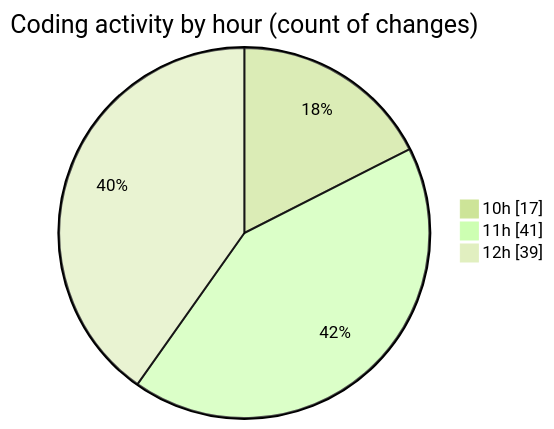
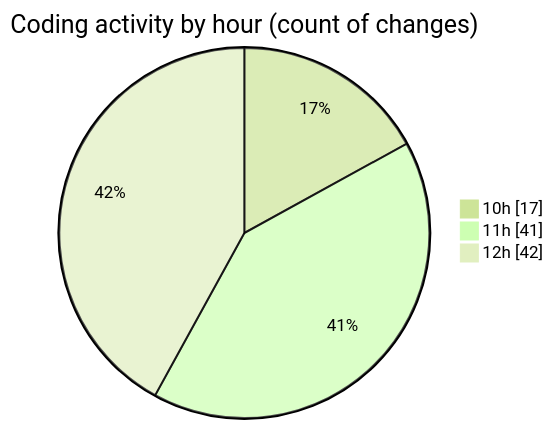
One commit to momahboobian/code-tracking changed the second of 2 diagrams in 2025-10-06/cda/README.md. Above: the diagram before and after it, drawn with Mermaid (forest theme). The commit also changed other lines of this file and 1 other file, not shown here.

````diff
--- a/2025-10-06/cda/README.md
+++ b/2025-10-06/cda/README.md
@@ -33,7 +33,7 @@
 ```mermaid
 pie showData
 title Coding activity by hour (count of changes)
 "10h" : 17
 "11h" : 41
-"12h" : 39
+"12h" : 42
 ```
````
